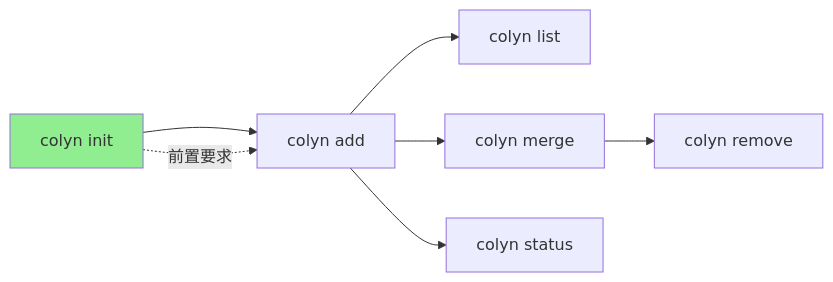
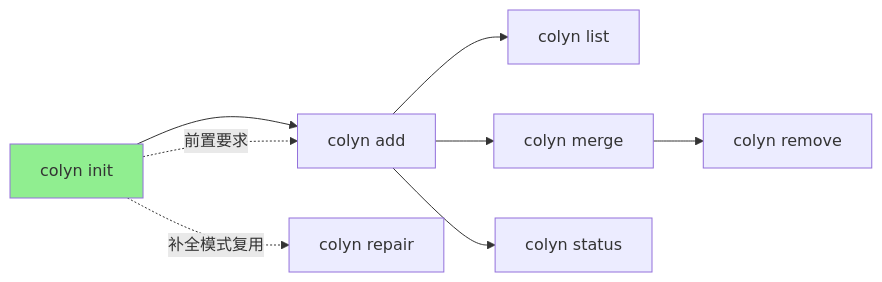
Before and after one commit to colin-han/colyn: the sixth of 6 diagrams in docs/zh-CN/develop/design/commands/design-init-command.md, drawn with Mermaid. The commit also changed other lines of this file and 18 other files, not shown here.

First line of the commit message:
refactor(repair,init): 运行时配置修复全面插件化，init 补全模式复用 repair

````diff
--- a/docs/zh-CN/develop/design/commands/design-init-command.md
+++ b/docs/zh-CN/develop/design/commands/design-init-command.md
@@ -555,12 +572,13 @@
 ```mermaid
 graph LR
     Init[colyn init] --> Add[colyn add]
+    Init -.->|补全模式复用| Repair[colyn repair]
     Add --> List[colyn list]
     Add --> Merge[colyn merge]
     Add --> Status[colyn status]
     Merge --> Remove[colyn remove]
 
     Init -.->|前置要求| Add
 
     style Init fill:#90EE90
 ```
````
